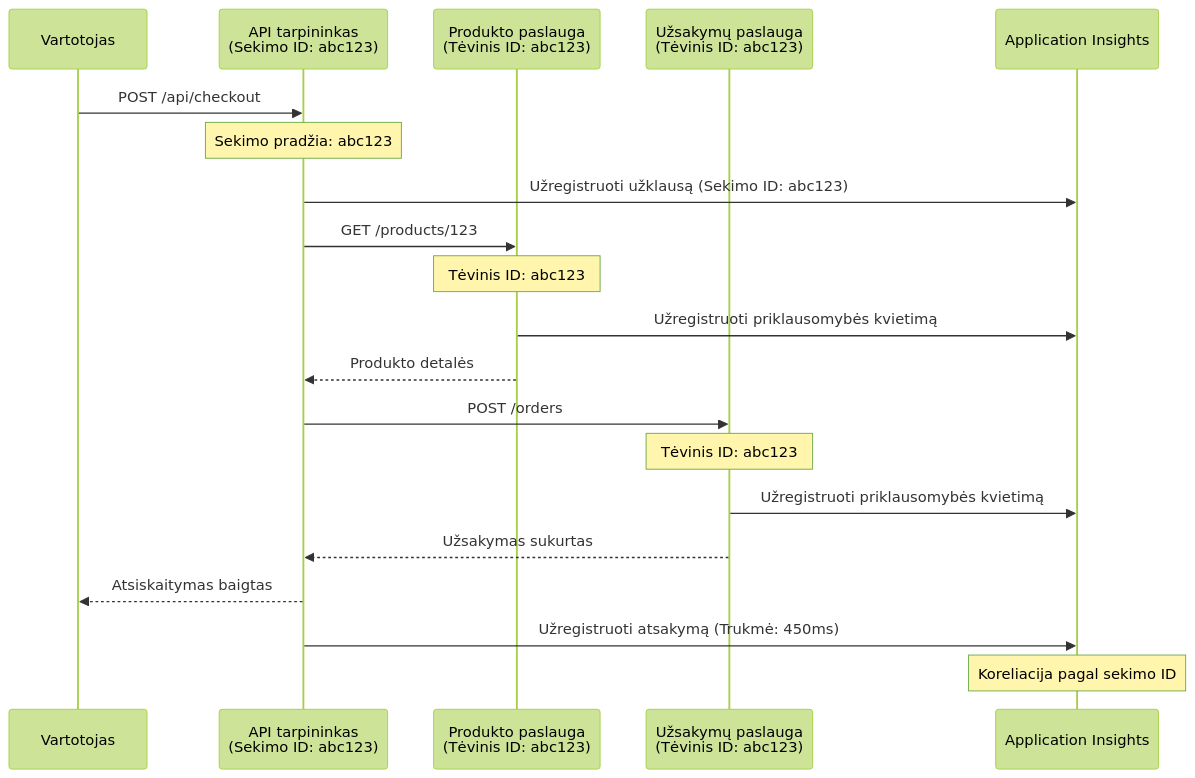
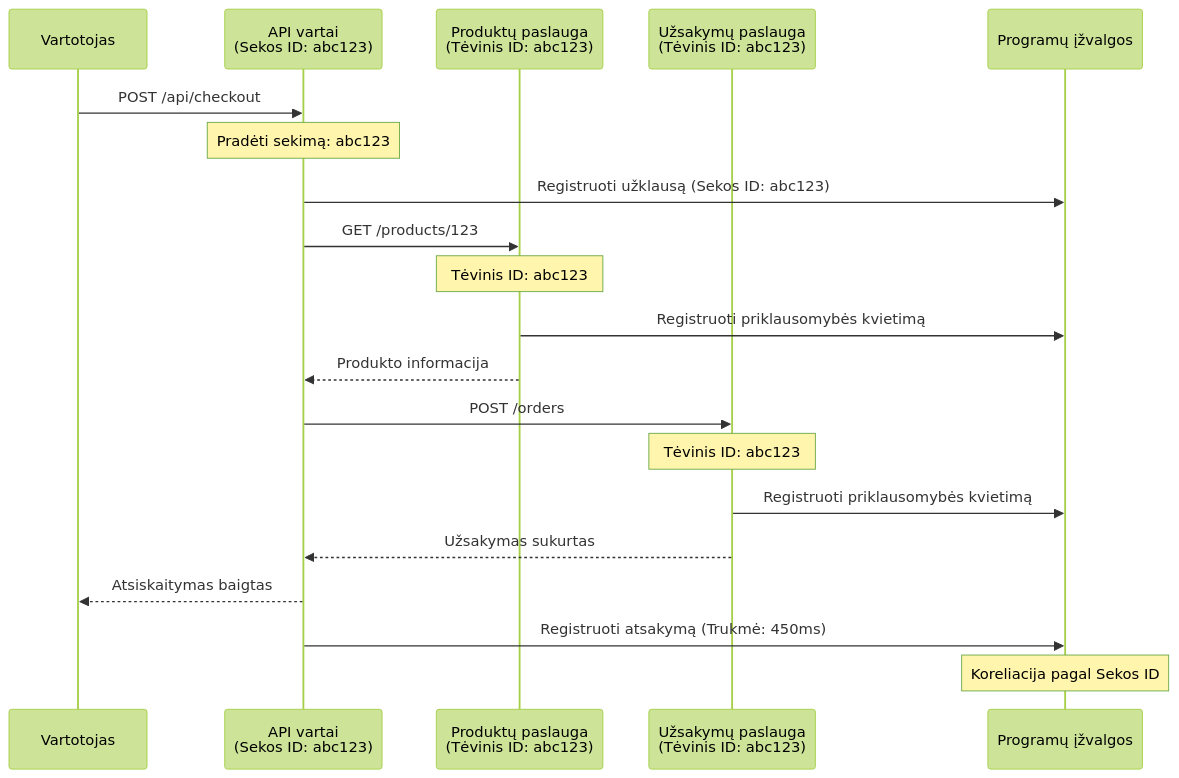
One commit to microsoft/AZD-for-beginners changed the second of 2 diagrams in translations/lt/docs/chapter-06-pre-deployment/application-insights.md. Above: the diagram before and after it, drawn with Mermaid (forest theme). The commit also changed other lines of this file and 101 other files, not shown here.

````diff
--- a/translations/lt/docs/chapter-06-pre-deployment/application-insights.md
+++ b/translations/lt/docs/chapter-06-pre-deployment/application-insights.md
@@ -744,27 +744,27 @@
 ```mermaid
 sequenceDiagram
     participant User as Vartotojas
-    participant Gateway as API tarpininkas<br/>(Sekimo ID: abc123)
-    participant Product as Produkto paslauga<br/>(Tėvinis ID: abc123)
+    participant Gateway as API vartai<br/>(Sekos ID: abc123)
+    participant Product as Produktų paslauga<br/>(Tėvinis ID: abc123)
     participant Order as Užsakymų paslauga<br/>(Tėvinis ID: abc123)
-    participant AppInsights as Application Insights
+    participant AppInsights as Programų įžvalgos
     
     User->>Gateway: POST /api/checkout
-    Note over Gateway: Sekimo pradžia: abc123
-    Gateway->>AppInsights: Užregistruoti užklausą (Sekimo ID: abc123)
+    Note over Gateway: Pradėti sekimą: abc123
+    Gateway->>AppInsights: Registruoti užklausą (Sekos ID: abc123)
     
     Gateway->>Product: GET /products/123
     Note over Product: Tėvinis ID: abc123
-    Product->>AppInsights: Užregistruoti priklausomybės kvietimą
-    Product-->>Gateway: Produkto detalės
+    Product->>AppInsights: Registruoti priklausomybės kvietimą
+    Product-->>Gateway: Produkto informacija
     
     Gateway->>Order: POST /orders
     Note over Order: Tėvinis ID: abc123
-    Order->>AppInsights: Užregistruoti priklausomybės kvietimą
+    Order->>AppInsights: Registruoti priklausomybės kvietimą
     Order-->>Gateway: Užsakymas sukurtas
     
     Gateway-->>User: Atsiskaitymas baigtas
-    Gateway->>AppInsights: Užregistruoti atsakymą (Trukmė: 450ms)
+    Gateway->>AppInsights: Registruoti atsakymą (Trukmė: 450ms)
     
-    Note over AppInsights: Koreliacija pagal sekimo ID
+    Note over AppInsights: Koreliacija pagal Sekos ID
 ```
````
